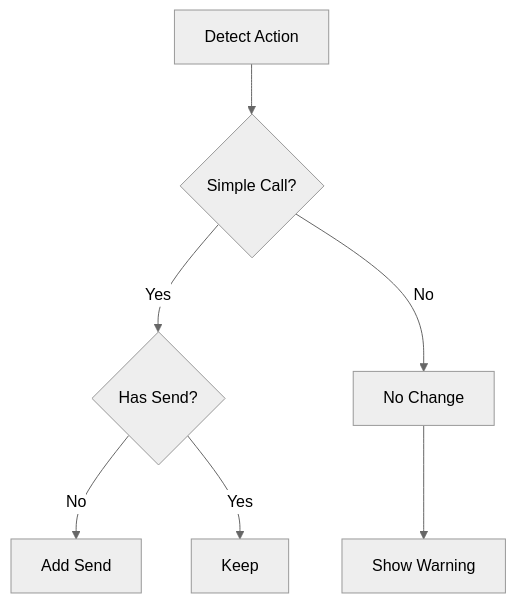
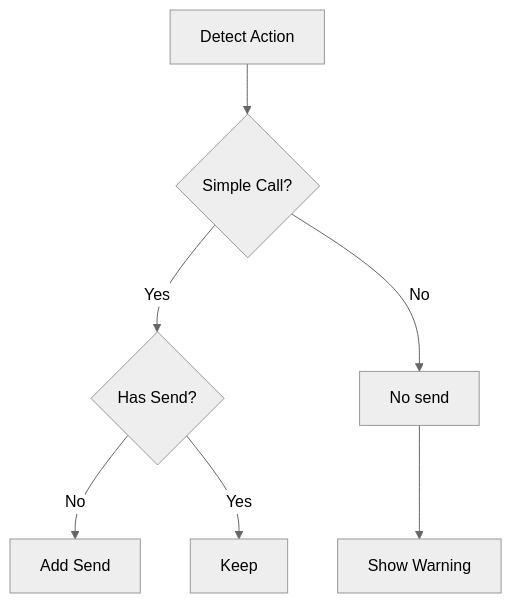
One commit to ktgram/ktgram.github.io changed the second of 2 diagrams in docs/Aide.md. Above: the diagram before and after it, drawn with Mermaid (neutral theme). The commit also changed other lines of this file and 1 other file, not shown here.

Commit message:
Commit sources.

````diff
--- a/docs/Aide.md
+++ b/docs/Aide.md
@@ -86,9 +86,9 @@
 ```mermaid
 graph TD
     A[Detect Action] --> B{Simple Call?}
     B -->|Yes| C{Has Send?}
-    B -->|No| D[No Change]
+    B -->|No| D[No send]
     C -->|No| E[Add Send]
     C -->|Yes| F[Keep]
     D --> G[Show Warning]
 ```
````
